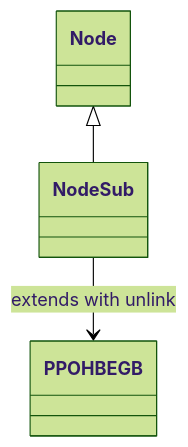
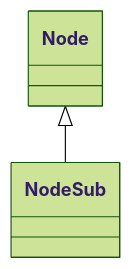
Before and after one commit to daxxog/solmud: the diagram in bytecode/mapping/evidence/verified/NodeSub_PPOHBEGB.md, drawn with Mermaid (forest theme). The commit also changed 48 other files, not shown here.

````diff
--- a/bytecode/mapping/evidence/verified/NodeSub_PPOHBEGB.md
+++ b/bytecode/mapping/evidence/verified/NodeSub_PPOHBEGB.md
@@ -15,5 +15,4 @@
 ```mermaid
 classDiagram
     Node <|-- NodeSub
-    NodeSub --> PPOHBEGB : extends with unlink
 ```
````
